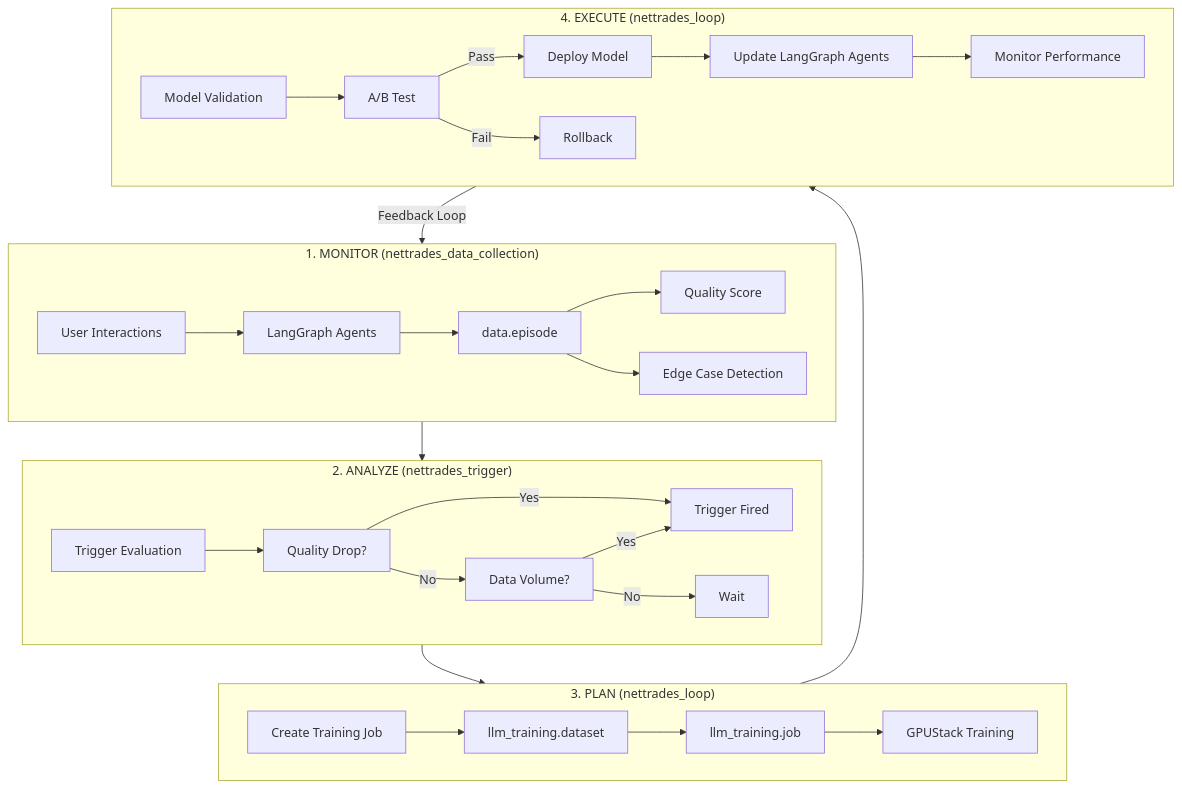
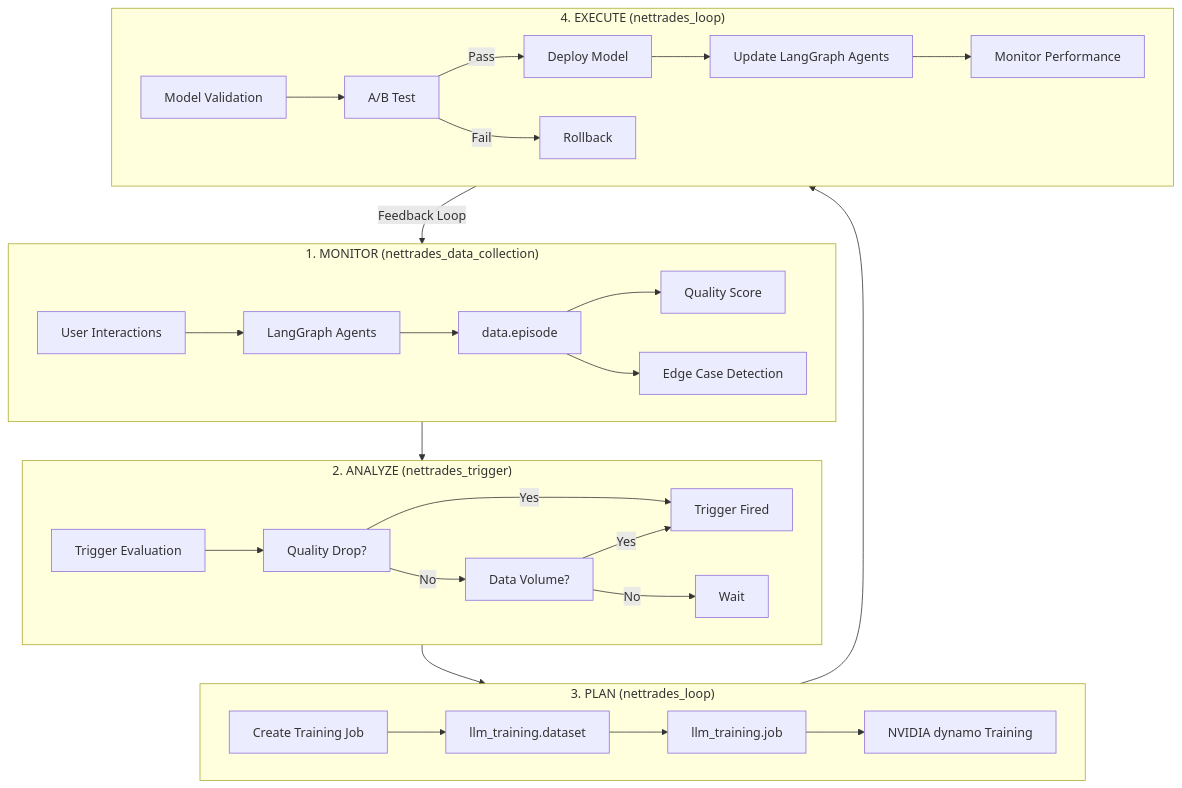
The eighth of 12 diagrams in docs/developer/Logical-Solution-Architecture-Diagram.md (nettrades/nettrades-platform), drawn with Mermaid before and after one commit. The commit also changed other lines of this file and 56 other files, not shown here.

Commit message:
Moved docs from operations to developer folder and replaced GPUStack with NVIDIA Dynamo

````diff
--- a/docs/developer/Logical-Solution-Architecture-Diagram.md
+++ b/docs/developer/Logical-Solution-Architecture-Diagram.md
@@ -613,34 +613,34 @@
 ```mermaid
 graph TD
     subgraph Monitor["1. MONITOR (nettrades_data_collection)"]
         A1["User Interactions"] --> A2["LangGraph Agents"]
         A2 --> A3["data.episode"]
         A3 --> A4["Quality Score"]
         A3 --> A5["Edge Case Detection"]
     end
 
     subgraph Analyze["2. ANALYZE (nettrades_trigger)"]
         B1["Trigger Evaluation"] --> B2["Quality Drop?"]
         B2 -->|Yes| B3["Trigger Fired"]
         B2 -->|No| B4["Data Volume?"]
         B4 -->|Yes| B3
         B4 -->|No| B5["Wait"]
     end
 
     subgraph Plan["3. PLAN (nettrades_loop)"]
         C1["Create Training Job"] --> C2["llm_training.dataset"]
         C2 --> C3["llm_training.job"]
-        C3 --> C4["GPUStack Training"]
+        C3 --> C4["NVIDIA dynamo Training"]
     end
 
     subgraph Execute["4. EXECUTE (nettrades_loop)"]
         D1["Model Validation"] --> D2["A/B Test"]
         D2 -->|Pass| D3["Deploy Model"]
         D2 -->|Fail| D4["Rollback"]
         D3 --> D5["Update LangGraph Agents"]
         D5 --> D6["Monitor Performance"]
     end
 
     Monitor --> Analyze --> Plan --> Execute
     Execute -->|Feedback Loop| Monitor
 ```
````
